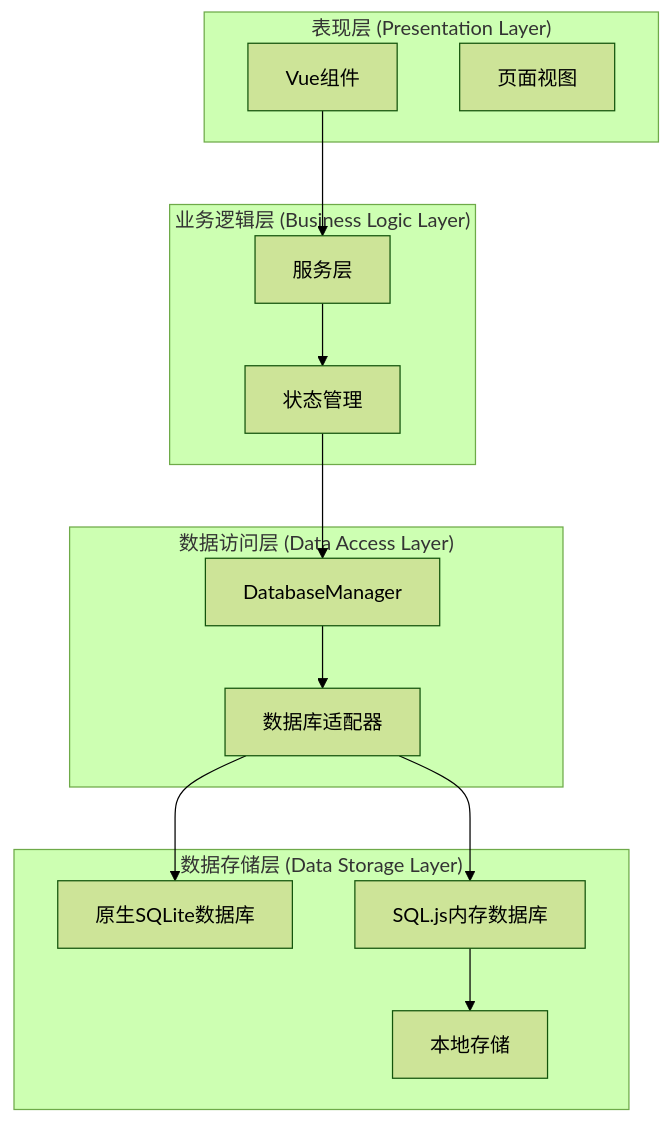
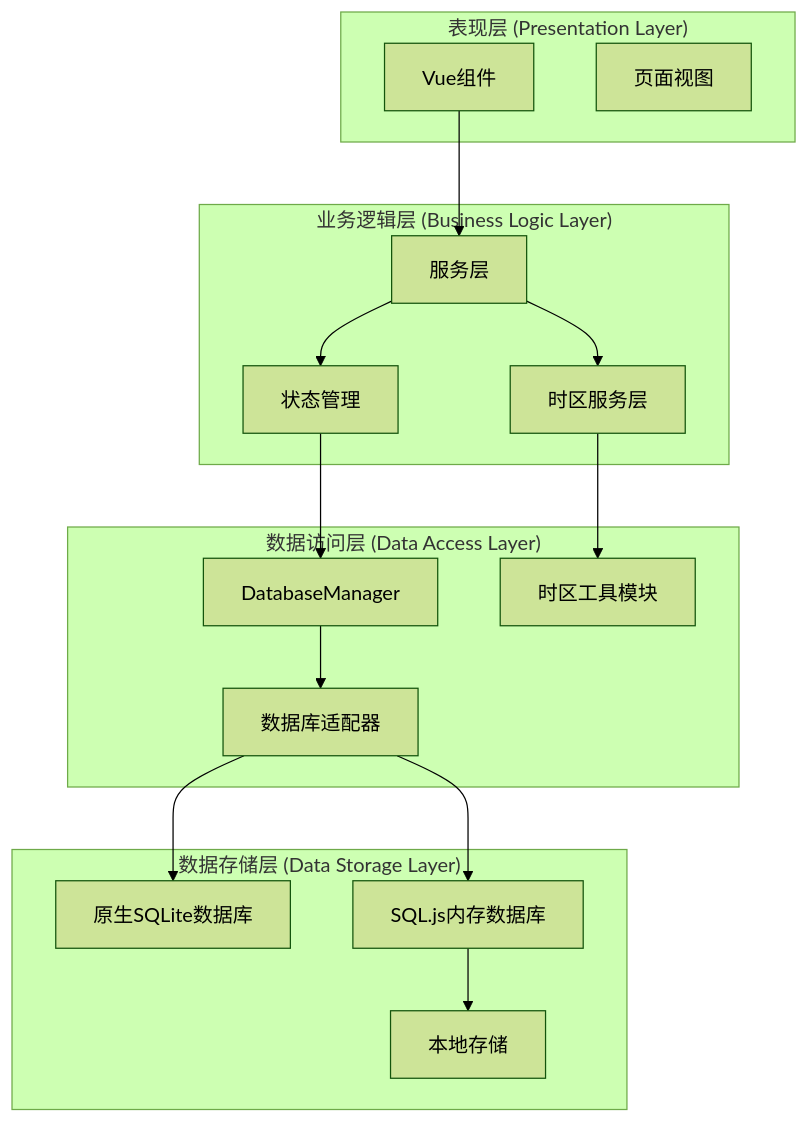
One commit to xiao-lin-unit/yuan changed the second of 21 diagrams in .qoder/repowiki/zh/content/架构设计/数据层架构设计/数据层架构设计.md. Above: the diagram before and after it, drawn with Mermaid (forest theme). The commit also changed other lines of this file and 22 other files, not shown here.

````diff
--- a/.qoder/repowiki/zh/content/架构设计/数据层架构设计/数据层架构设计.md
+++ b/.qoder/repowiki/zh/content/架构设计/数据层架构设计/数据层架构设计.md
@@ -142,27 +149,31 @@
 ```mermaid
 graph TB
 subgraph "表现层 (Presentation Layer)"
 UI[Vue组件]
 Views[页面视图]
 end
 subgraph "业务逻辑层 (Business Logic Layer)"
 Services[服务层]
 Stores[状态管理]
+TimezoneService[时区服务层]
 end
 subgraph "数据访问层 (Data Access Layer)"
 DBM[DatabaseManager]
 Adapter[数据库适配器]
+TimezoneUtils[时区工具模块]
 end
 subgraph "数据存储层 (Data Storage Layer)"
 NativeDB[原生SQLite数据库]
 WebDB[SQL.js内存数据库]
 LocalStorage[本地存储]
 end
 UI --> Services
 Services --> Stores
+Services --> TimezoneService
 Stores --> DBM
+TimezoneService --> TimezoneUtils
 DBM --> Adapter
 Adapter --> NativeDB
 Adapter --> WebDB
 WebDB --> LocalStorage
 ```
````
